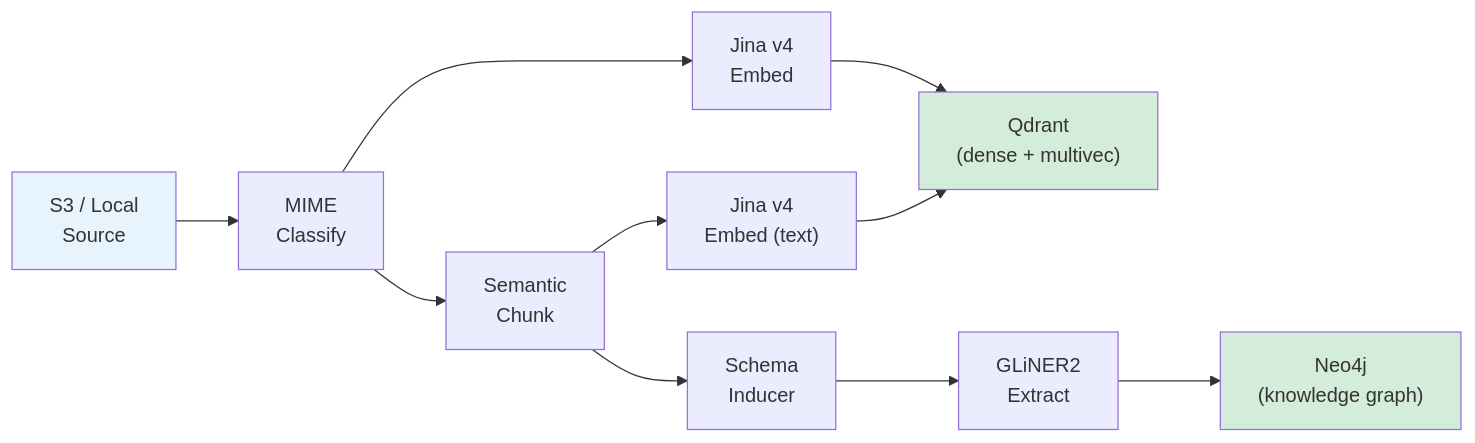
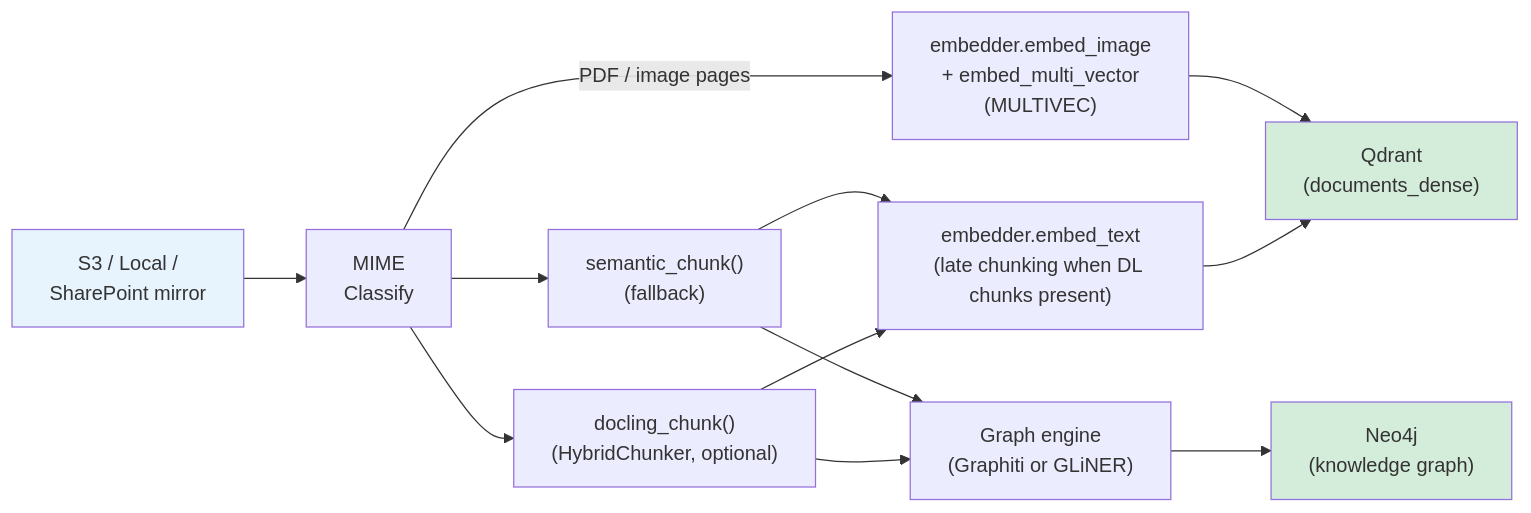
The first of 2 diagrams in docs/ingestion/overview.md (dollro/spektr), drawn with Mermaid before and after one commit. The commit also changed other lines of this file and 24 other files, not shown here.

````diff
--- a/docs/ingestion/overview.md
+++ b/docs/ingestion/overview.md
@@ -10,16 +10,18 @@
 ```mermaid
 flowchart LR
-    S3["S3 / Local\nSource"] --> Classify["MIME\nClassify"]
-    Classify --> Chunk["Semantic\nChunk"]
-    Classify --> Embed["Jina v4\nEmbed"]
-    Chunk --> EmbedText["Jina v4\nEmbed (text)"]
-    Embed --> Qdrant["Qdrant\n(dense + multivec)"]
-    EmbedText --> Qdrant
-    Chunk --> Schema["Schema\nInducer"]
-    Schema --> Extract["GLiNER2\nExtract"]
-    Extract --> Neo4j["Neo4j\n(knowledge graph)"]
+    Src["S3 / Local /\nSharePoint mirror"] --> Classify["MIME\nClassify"]
+    Classify --> DocChunk["docling_chunk()\n(HybridChunker, optional)"]
+    Classify --> Sem["semantic_chunk()\n(fallback)"]
+    DocChunk --> Embed["embedder.embed_text\n(late chunking when DL chunks present)"]
+    Sem --> Embed
+    Classify -->|PDF / image pages| ImgEmbed["embedder.embed_image\n+ embed_multi_vector\n(MULTIVEC)"]
+    Embed --> Qdrant["Qdrant\n(documents_dense)"]
+    ImgEmbed --> Qdrant
+    DocChunk --> Engine["Graph engine\n(Graphiti or GLiNER)"]
+    Sem --> Engine
+    Engine --> Neo4j["Neo4j\n(knowledge graph)"]
 
-    style S3 fill:#e8f4fd
+    style Src fill:#e8f4fd
     style Qdrant fill:#d4edda
     style Neo4j fill:#d4edda
 ```
````
